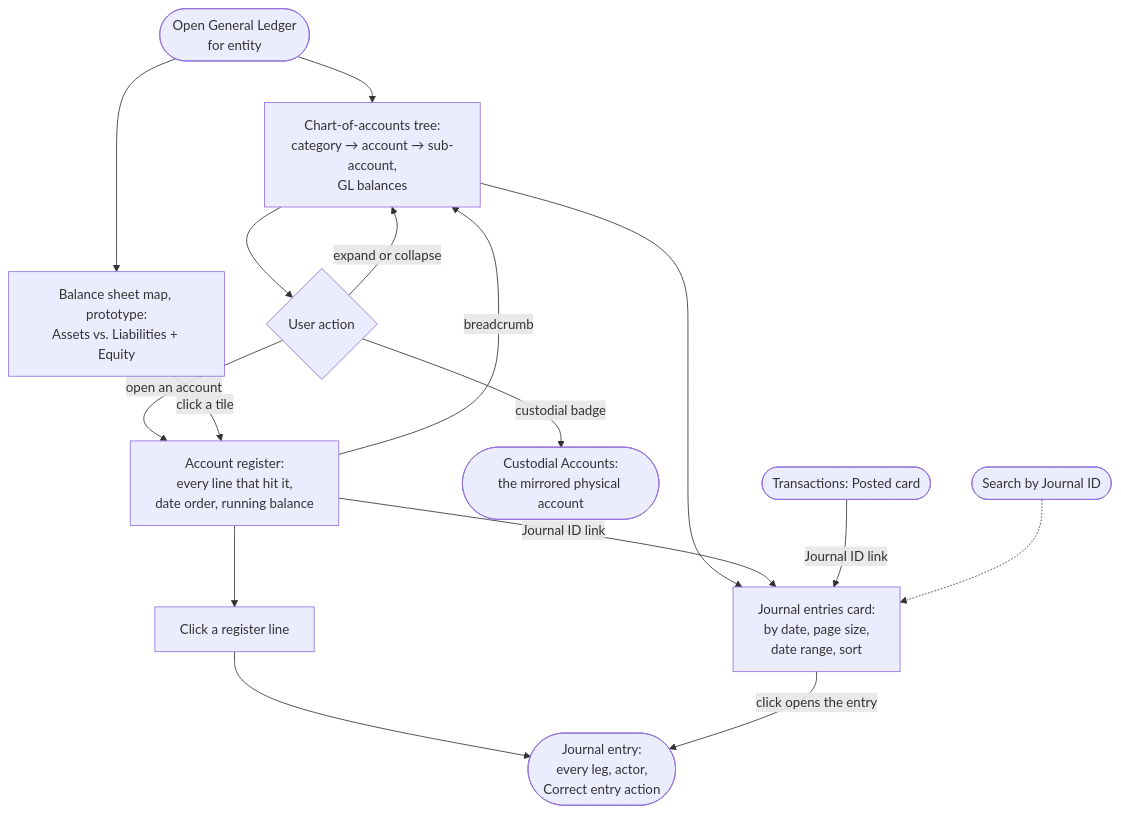
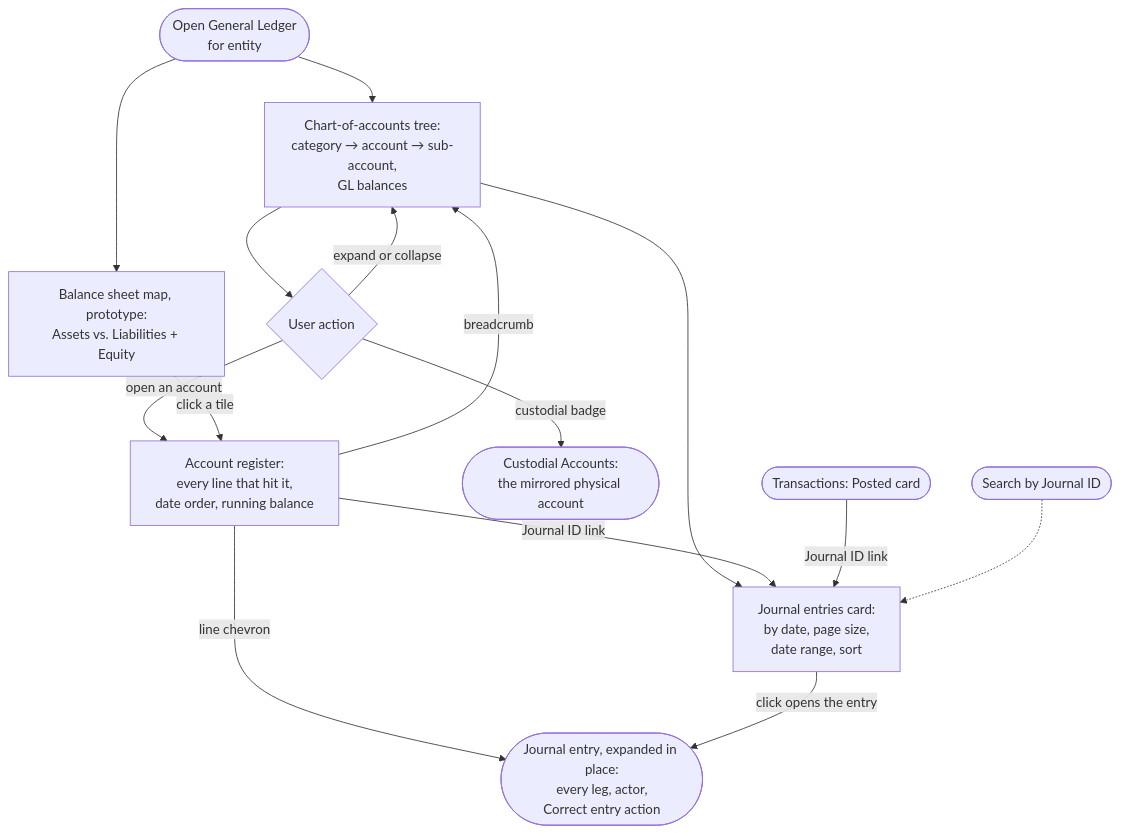
Before and after one commit to richmosko/polycarpic: the diagram in docs/DESIGN/flows/general-ledger-flow.md, drawn with Mermaid. The commit also changed other lines of this file and 4 other files, not shown here.

First line of the commit message:
docs(design): register lines expand to the full journal entry

````diff
--- a/docs/DESIGN/flows/general-ledger-flow.md
+++ b/docs/DESIGN/flows/general-ledger-flow.md
@@ -5,18 +5,17 @@
 ```mermaid
 flowchart TD
   open([Open General Ledger\nfor entity]) --> tree[Chart-of-accounts tree:\ncategory → account → sub-account,\nGL balances]
   open --> map[Balance sheet map, prototype:\nAssets vs. Liabilities + Equity]
   tree --> act{User action}
   act -- expand or collapse --> tree
   act -- open an account --> register[Account register:\nevery line that hit it,\ndate order, running balance]
   map -- click a tile --> register
   act -- custodial badge --> custodial([Custodial Accounts:\nthe mirrored physical account])
-  register --> line[Click a register line]
-  line --> entry([Journal entry:\nevery leg, actor,\nCorrect entry action])
+  register -- line chevron --> entry([Journal entry, expanded in place:\nevery leg, actor,\nCorrect entry action])
   register -- breadcrumb --> tree
   tree --> journal[Journal entries card:\nby date, page size,\ndate range, sort]
   journal -- click opens the entry --> entry
   register -- Journal ID link --> journal
   posted([Transactions: Posted card]) -- Journal ID link --> journal
   search([Search by Journal ID]) -.-> journal
 ```
````
